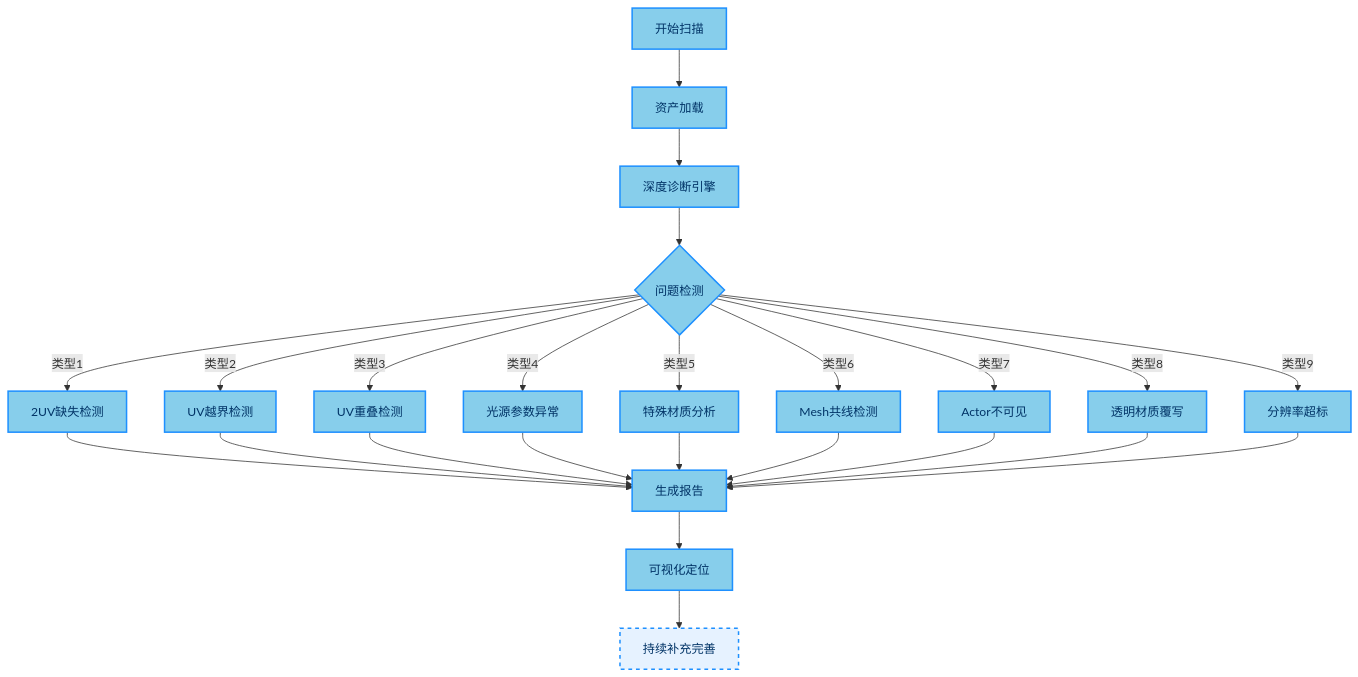
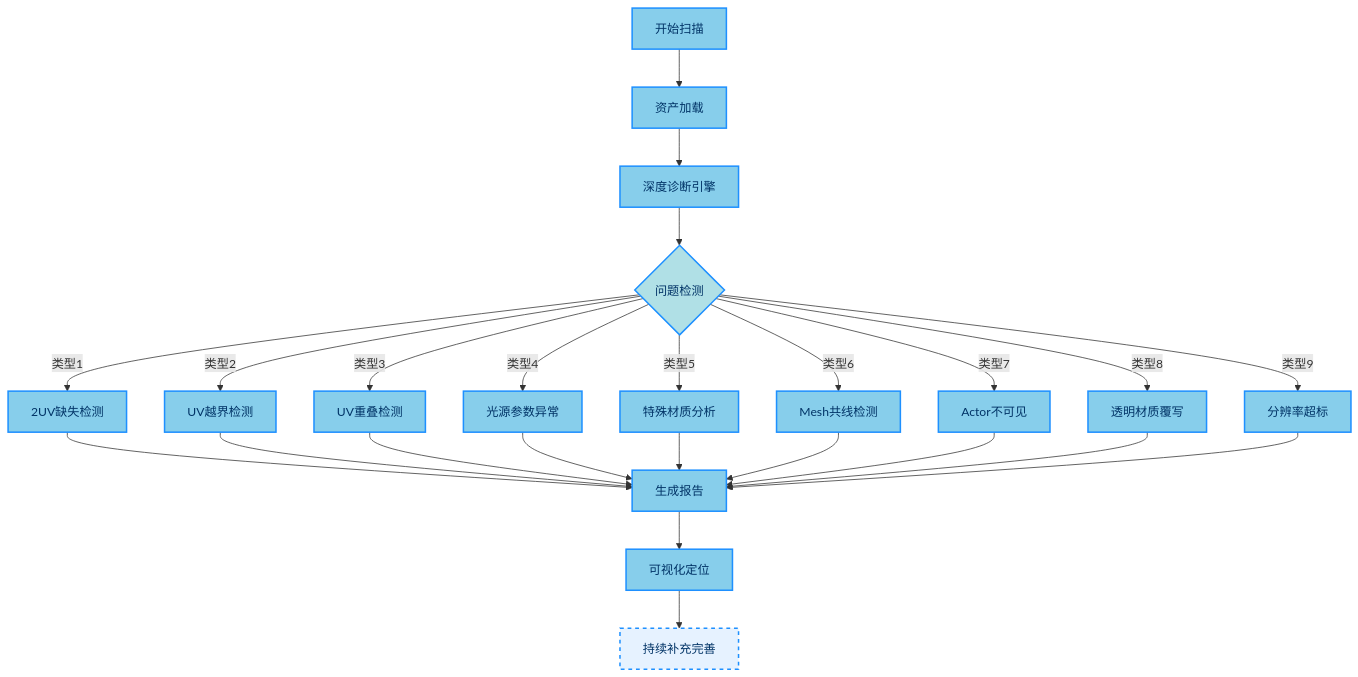
One commit to archieluan/iodraw-files changed the diagram in all/未命名-2.md. Above: the diagram before and after it, drawn with Mermaid.

Commit message:
2025-06-07 12:31:35 update

````diff
--- a/all/未命名-2.md
+++ b/all/未命名-2.md
@@ -1,39 +1,39 @@
 ```mermaid
 graph TD
   A[开始扫描]:::blueNode --> B[资产加载]
   B --> C[深度诊断引擎]
   C --> D{问题检测}:::diamond
   D -->|类型1| E[2UV缺失检测]
   D -->|类型2| F[UV越界检测]
   D -->|类型3| G[UV重叠检测]
   D -->|类型4| H[光源参数异常]
   D -->|类型5| I[特殊材质分析]
   D -->|类型6| J[Mesh共线检测]
   D -->|类型7| K[Actor不可见]
   D -->|类型8| L[透明材质覆写]
   D -->|类型9| M[分辨率超标]
   E --> N[生成报告]:::report
   F --> N
   G --> N
   H --> N
   I --> N
   J --> N
   K --> N
   L --> N
   M --> N
   N --> O[可视化定位]:::action
   O --> P[持续补充完善]:::special
   style P stroke:#1E90FF,stroke-width:2px,stroke-dasharray:5 5,fill:#E6F2FF
 
   classDef blueNode fill:#87CEEB,stroke:#1E90FF,stroke-width:2px,color:#003366
   classDef diamond fill:#B0E0E6,stroke:#1E90FF,stroke-width:2px,color:#003366
   classDef report fill:#E6F2FF,stroke:#1E90FF,stroke-width:1.5px,color:#003366
   classDef action fill:#87CEEB,stroke:#1E90FF,stroke-width:2px,color:#003366
   classDef special fill:#F0F8FF,stroke:#1E90FF,stroke-width:2px,color:#003366
   
-  class A,B,C,D,E,F,G,H,I,J,K,L,M,N,O blueNode;
-
+  class A,B,C,E,F,G,H,I,J,K,L,M,N,O blueNode;
+  class D diamond;
 
   class O action;
   class P special;
 ```
````
